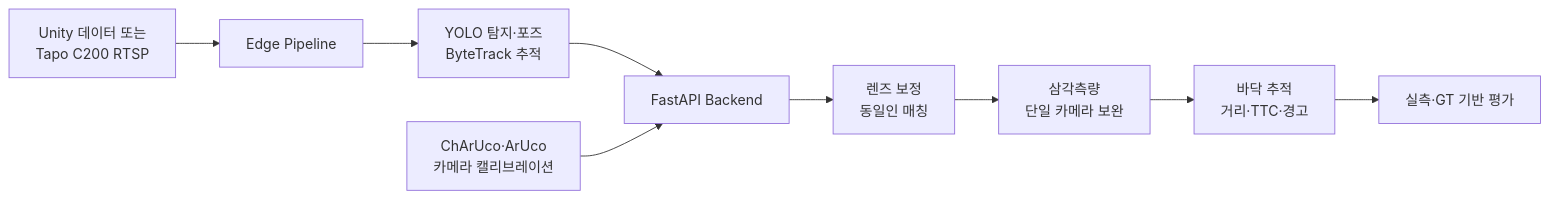
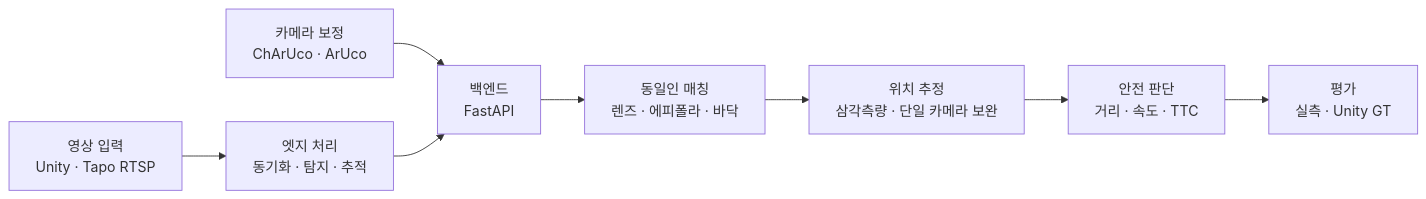
One commit to geunchanKim/Comprehensive-Design-Project2-CCTV-Safety changed the diagram in README.md. Above: the diagram before and after it, drawn with Mermaid. The commit also changed other lines of this file, not shown here.

````diff
--- a/README.md
+++ b/README.md
@@ -56,11 +60,10 @@
 ```mermaid
 flowchart LR
-    INPUT[Unity 데이터 또는<br/>Tapo C200 RTSP] --> EDGE[Edge Pipeline]
-    EDGE --> AI[YOLO 탐지·포즈<br/>ByteTrack 추적]
-    AI --> API[FastAPI Backend]
-    CAL[ChArUco·ArUco<br/>카메라 캘리브레이션] --> API
-    API --> MATCH[렌즈 보정<br/>동일인 매칭]
-    MATCH --> POS[삼각측량<br/>단일 카메라 보완]
-    POS --> SAFE[바닥 추적<br/>거리·TTC·경고]
-    SAFE --> EVAL[실측·GT 기반 평가]
+    INPUT[영상 입력<br/>Unity · Tapo RTSP] --> EDGE[엣지 처리<br/>동기화 · 탐지 · 추적]
+    CAL[카메라 보정<br/>ChArUco · ArUco] --> API
+    EDGE --> API[백엔드<br/>FastAPI]
+    API --> MATCH[동일인 매칭<br/>렌즈 · 에피폴라 · 바닥]
+    MATCH --> POS[위치 추정<br/>삼각측량 · 단일 카메라 보완]
+    POS --> SAFE[안전 판단<br/>거리 · 속도 · TTC]
+    SAFE --> EVAL[평가<br/>실측 · Unity GT]
 ```
````
